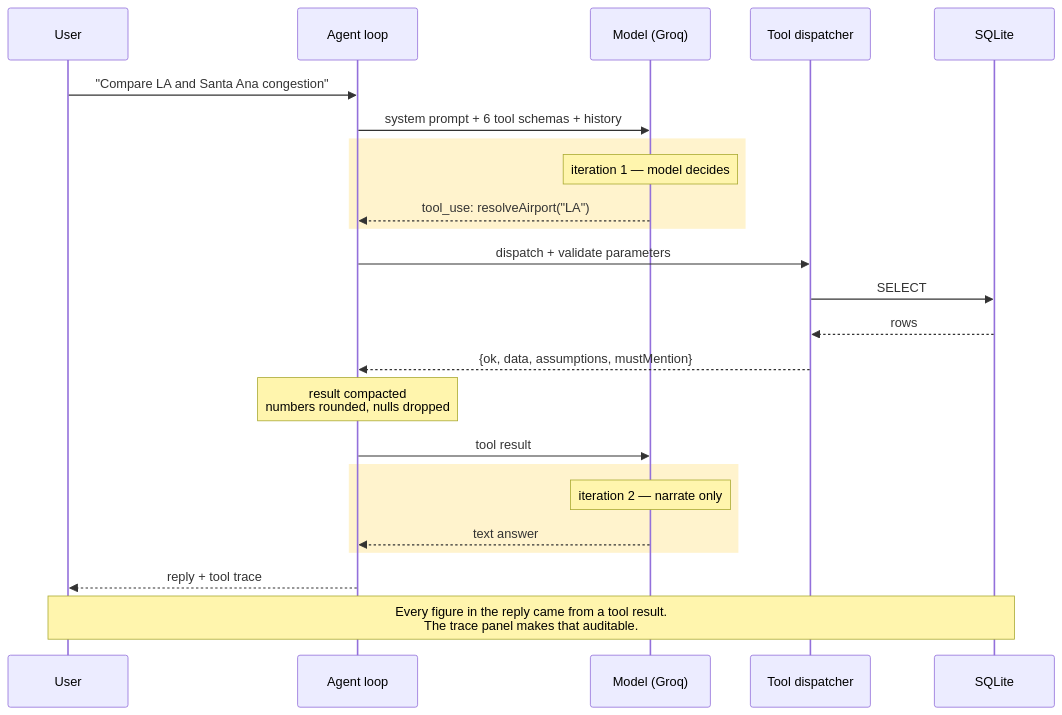
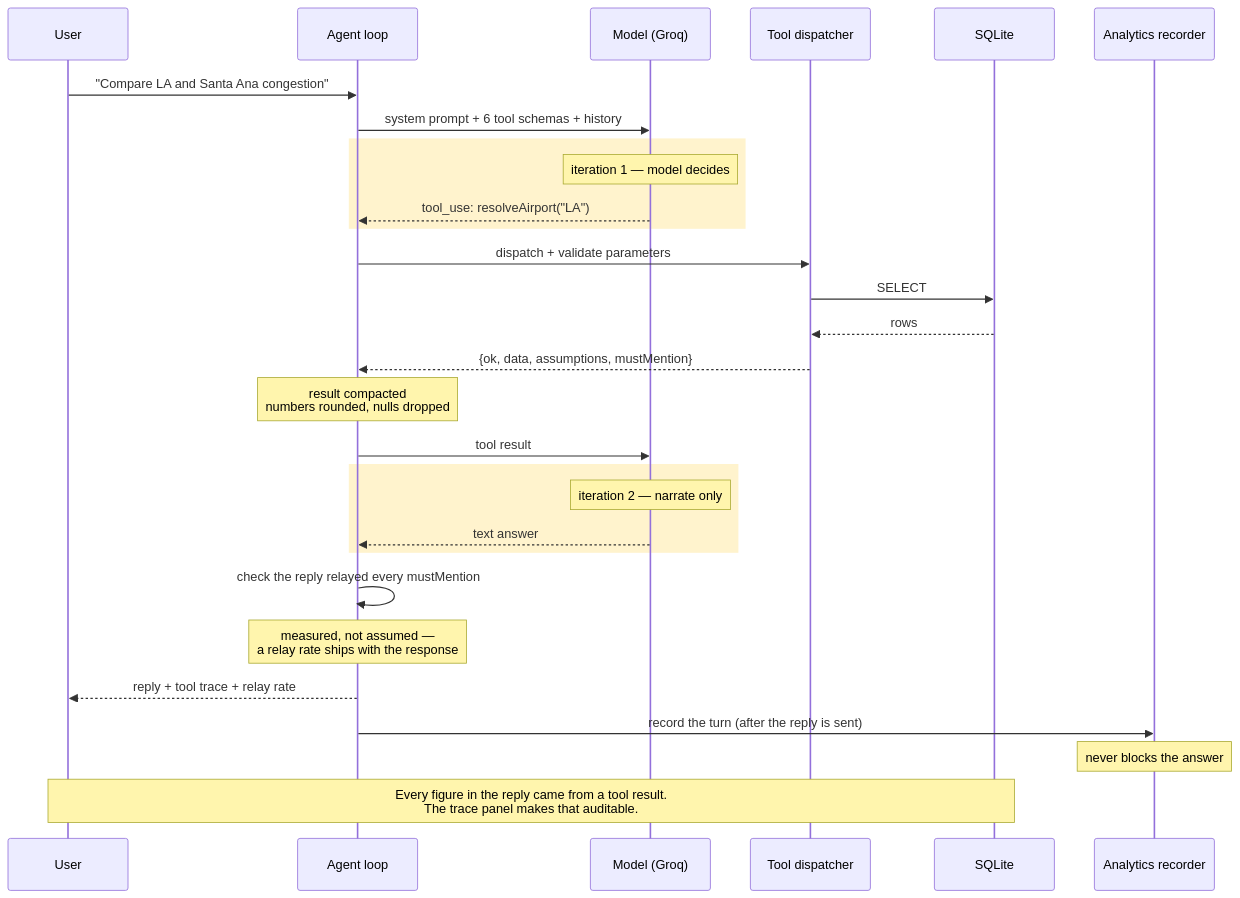
Before and after one commit to Roni750/AI-rports: the fourth of 8 diagrams in docs/architecture-diagrams.md, drawn with Mermaid. The commit also changed other lines of this file and 2 other files, not shown here.

````diff
--- a/docs/architecture-diagrams.md
+++ b/docs/architecture-diagrams.md
@@ -168,33 +189,40 @@
 ```mermaid
 sequenceDiagram
     participant U as User
     participant A as Agent loop
     participant M as Model (Groq)
     participant T as Tool dispatcher
     participant D as SQLite
+    participant R as Analytics recorder
 
     U->>A: "Compare LA and Santa Ana congestion"
     A->>M: system prompt + 6 tool schemas + history
 
     rect rgb(255, 243, 205)
         Note over M: iteration 1 — model decides
         M-->>A: tool_use: resolveAirport("LA")
     end
 
     A->>T: dispatch + validate parameters
     T->>D: SELECT
     D-->>T: rows
     T-->>A: {ok, data, assumptions, mustMention}
     Note over A: result compacted<br/>numbers rounded, nulls dropped
 
     A->>M: tool result
 
     rect rgb(255, 243, 205)
         Note over M: iteration 2 — narrate only
         M-->>A: text answer
     end
 
-    A-->>U: reply + tool trace
+    A->>A: check the reply relayed every mustMention
+    Note over A: measured, not assumed —<br/>a relay rate ships with the response
+
+    A-->>U: reply + tool trace + relay rate
+
+    A->>R: record the turn (after the reply is sent)
+    Note over R: never blocks the answer
 
     Note over U,D: Every figure in the reply came from a tool result.<br/>The trace panel makes that auditable.
 ```
````
